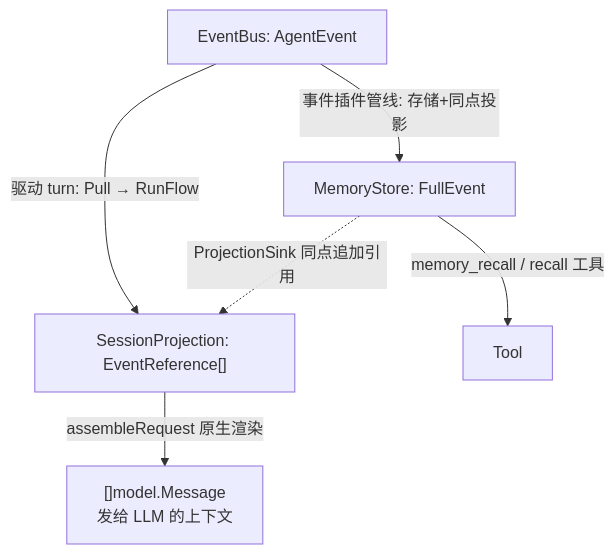
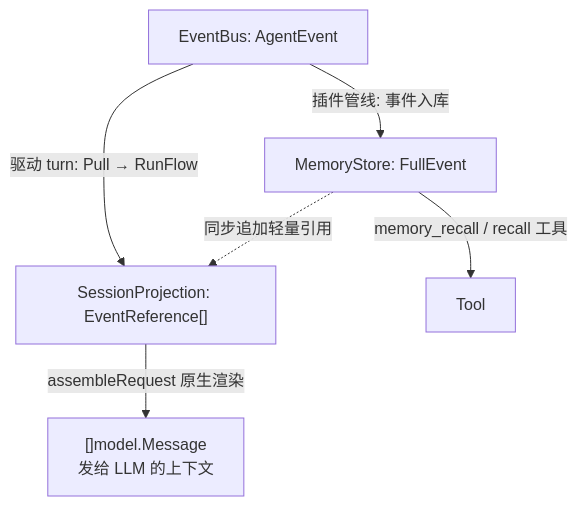
The second of 4 diagrams in README.md (SpellingDragon/tagent), drawn with Mermaid before and after one commit. The commit also changed other lines of this file and 1 other file, not shown here.

````diff
--- a/README.md
+++ b/README.md
@@ -118,14 +118,14 @@
 ```mermaid
 graph TB
     EB["EventBus: AgentEvent"]
     SP["SessionProjection: EventReference[]"]
     MS["MemoryStore: FullEvent"]
     LLM["[]model.Message<br/>发给 LLM 的上下文"]
     TOOL["Tool"]
 
     EB -->|驱动 turn: Pull → RunFlow| SP
-    EB -->|事件插件管线: 存储+同点投影| MS
-    MS -.ProjectionSink 同点追加引用.-> SP
+    EB -->|插件管线: 事件入库| MS
+    MS -.同步追加轻量引用.-> SP
     SP -->|assembleRequest 原生渲染| LLM
     MS -->|memory_recall / recall 工具| TOOL
 ```
````
